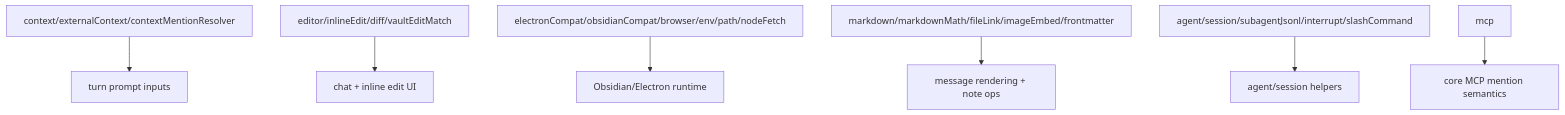
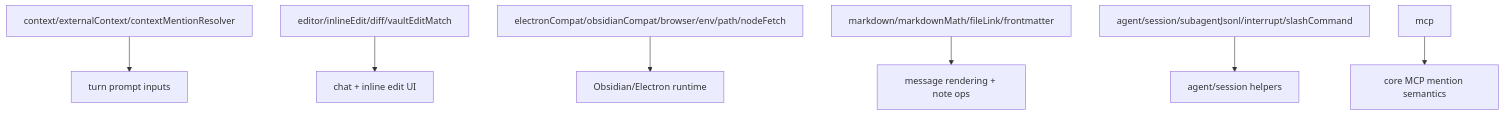
Before and after one commit to shuuul/obsidian-pivi: the diagram in src/utils/AGENTS.md, drawn with Mermaid. The commit also changed 22 other files, not shown here.

First line of the commit message:
fix(chat): use Obsidian image embed resolution

````diff
--- a/src/utils/AGENTS.md
+++ b/src/utils/AGENTS.md
@@ -7,9 +7,9 @@
 ```mermaid
 flowchart TD
   Context["context/externalContext/contextMentionResolver"] --> Prompt["turn prompt inputs"]
   Editor["editor/inlineEdit/diff/vaultEditMatch"] --> UI["chat + inline edit UI"]
   Platform["electronCompat/obsidianCompat/browser/env/path/nodeFetch"] --> Runtime["Obsidian/Electron runtime"]
-  Content["markdown/markdownMath/fileLink/imageEmbed/frontmatter"] --> Rendering["message rendering + note ops"]
+  Content["markdown/markdownMath/fileLink/frontmatter"] --> Rendering["message rendering + note ops"]
   Agent["agent/session/subagentJsonl/interrupt/slashCommand"] --> Pi["agent/session helpers"]
   Mcp["mcp"] --> Core["core MCP mention semantics"]
 ```
````
